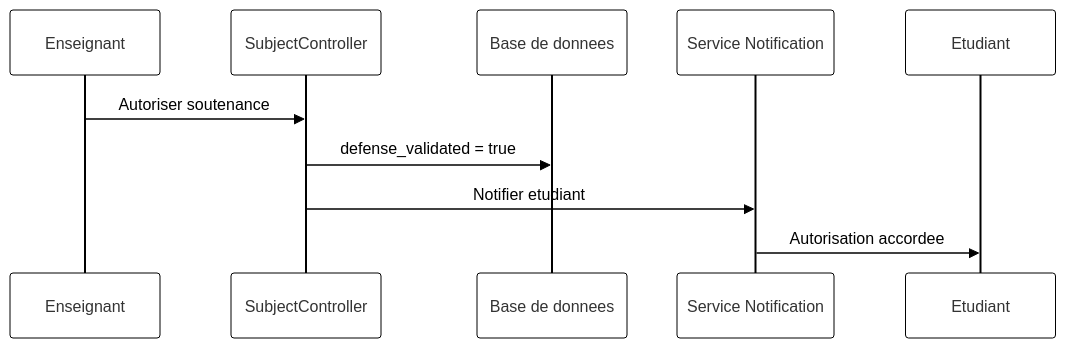
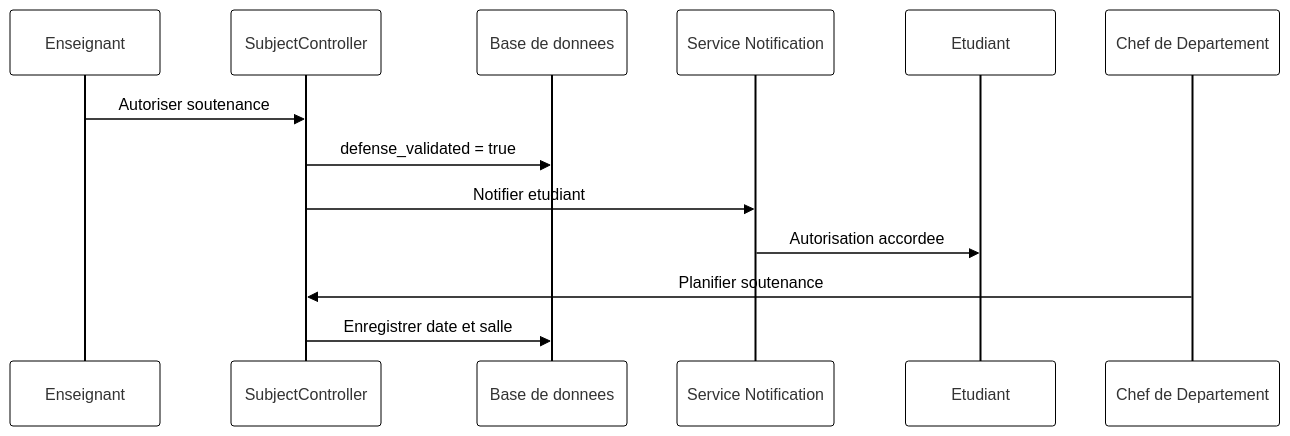
Before and after one commit to DavidMwangaza/TFC-Manager: the ninth of 13 diagrams in DIAGRAMMES-PAR-FIGURE-NB.md, drawn with Mermaid. The commit also changed other lines of this file and 34 other files, not shown here.

Commit message:
Rename role: 'Chef Departement' → 'Chef de département' and add migration

````diff
--- a/DIAGRAMMES-PAR-FIGURE-NB.md
+++ b/DIAGRAMMES-PAR-FIGURE-NB.md
@@ -138,14 +141,17 @@
 ```mermaid
 %%{init: {'theme':'base','themeVariables': {'background':'#ffffff','primaryColor':'#ffffff','primaryBorderColor':'#000000','lineColor':'#000000','textColor':'#000000'}}}%%
 sequenceDiagram
     participant T as Enseignant
     participant C as SubjectController
     participant DB as Base de donnees
     participant S as Service Notification
     participant E as Etudiant
+    participant CP as Chef de Departement
 
     T->>C: Autoriser soutenance
     C->>DB: defense_validated = true
     C->>S: Notifier etudiant
     S->>E: Autorisation accordee
+    CP->>C: Planifier soutenance
+    C->>DB: Enregistrer date et salle
 ```
````
